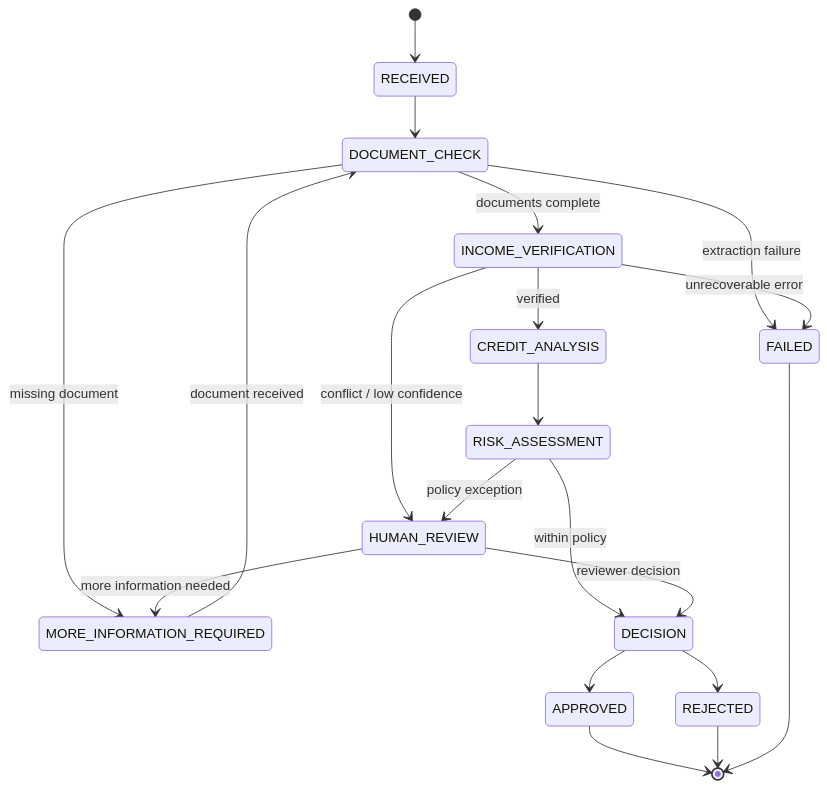
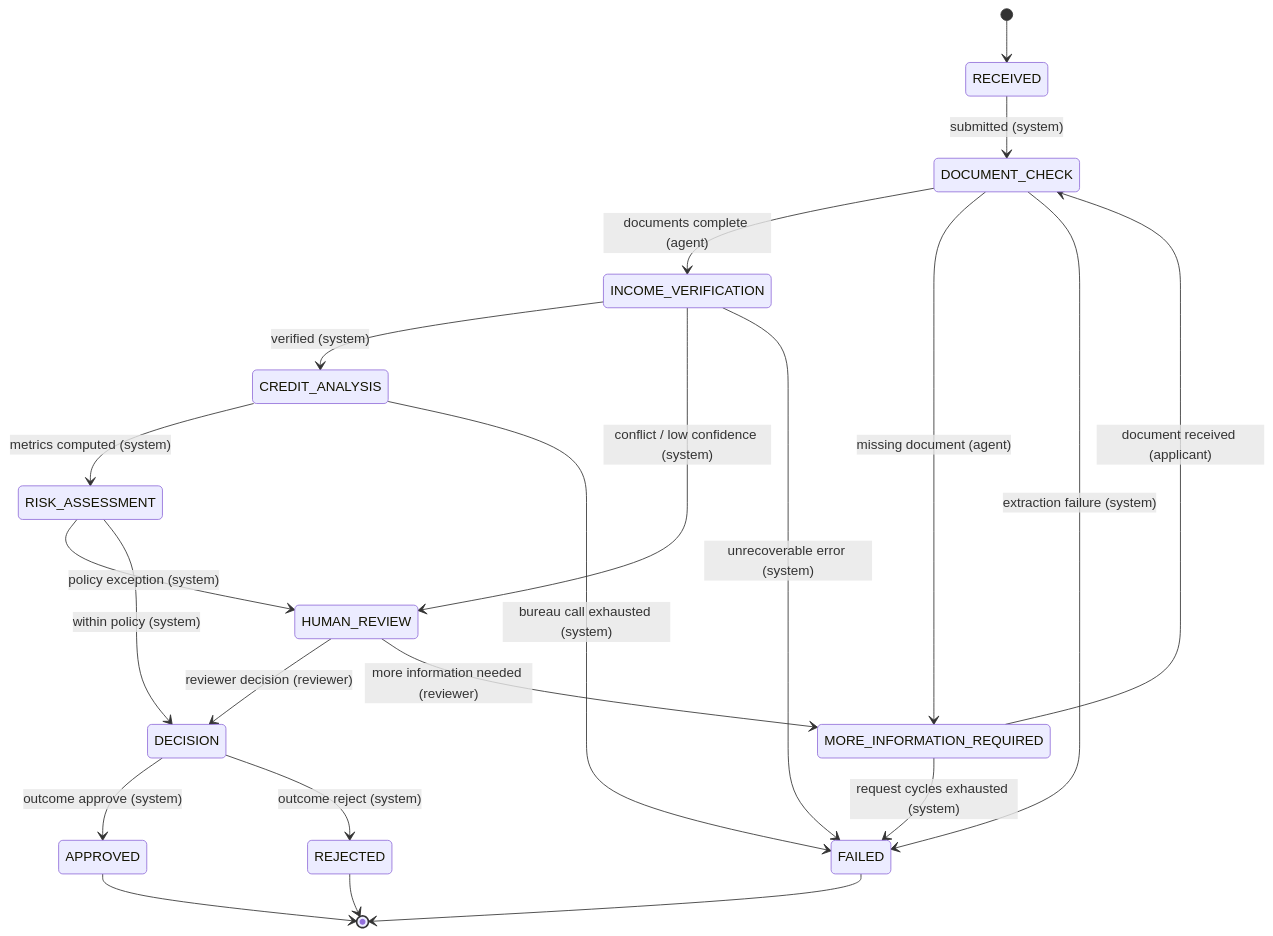
The first of 2 diagrams in docs/02-agent-workflow.md (jyotir07/Vero), drawn with Mermaid before and after one commit. The commit also changed other lines of this file and 8 other files, not shown here.

````diff
--- a/docs/02-agent-workflow.md
+++ b/docs/02-agent-workflow.md
@@ -3,29 +11,32 @@
 ```mermaid
 stateDiagram-v2
     [*] --> RECEIVED
-    RECEIVED --> DOCUMENT_CHECK
+    RECEIVED --> DOCUMENT_CHECK: submitted (system)
 
-    DOCUMENT_CHECK --> INCOME_VERIFICATION: documents complete
-    DOCUMENT_CHECK --> MORE_INFORMATION_REQUIRED: missing document
-    DOCUMENT_CHECK --> FAILED: extraction failure
+    DOCUMENT_CHECK --> INCOME_VERIFICATION: documents complete (agent)
+    DOCUMENT_CHECK --> MORE_INFORMATION_REQUIRED: missing document (agent)
+    DOCUMENT_CHECK --> FAILED: extraction failure (system)
 
-    MORE_INFORMATION_REQUIRED --> DOCUMENT_CHECK: document received
+    MORE_INFORMATION_REQUIRED --> DOCUMENT_CHECK: document received (applicant)
+    MORE_INFORMATION_REQUIRED --> FAILED: request cycles exhausted (system)
 
-    INCOME_VERIFICATION --> CREDIT_ANALYSIS: verified
-    INCOME_VERIFICATION --> HUMAN_REVIEW: conflict / low confidence
-    INCOME_VERIFICATION --> FAILED: unrecoverable error
+    INCOME_VERIFICATION --> CREDIT_ANALYSIS: verified (system)
+    INCOME_VERIFICATION --> HUMAN_REVIEW: conflict / low confidence (system)
+    INCOME_VERIFICATION --> FAILED: unrecoverable error (system)
 
-    CREDIT_ANALYSIS --> RISK_ASSESSMENT
-    RISK_ASSESSMENT --> HUMAN_REVIEW: policy exception
-    RISK_ASSESSMENT --> DECISION: within policy
+    CREDIT_ANALYSIS --> RISK_ASSESSMENT: metrics computed (system)
+    CREDIT_ANALYSIS --> FAILED: bureau call exhausted (system)
 
-    HUMAN_REVIEW --> DECISION: reviewer decision
-    HUMAN_REVIEW --> MORE_INFORMATION_REQUIRED: more information needed
+    RISK_ASSESSMENT --> HUMAN_REVIEW: policy exception (system)
+    RISK_ASSESSMENT --> DECISION: within policy (system)
 
-    DECISION --> APPROVED
-    DECISION --> REJECTED
+    HUMAN_REVIEW --> DECISION: reviewer decision (reviewer)
+    HUMAN_REVIEW --> MORE_INFORMATION_REQUIRED: more information needed (reviewer)
+
+    DECISION --> APPROVED: outcome approve (system)
+    DECISION --> REJECTED: outcome reject (system)
 
     APPROVED --> [*]
     REJECTED --> [*]
     FAILED --> [*]
 ```
````
